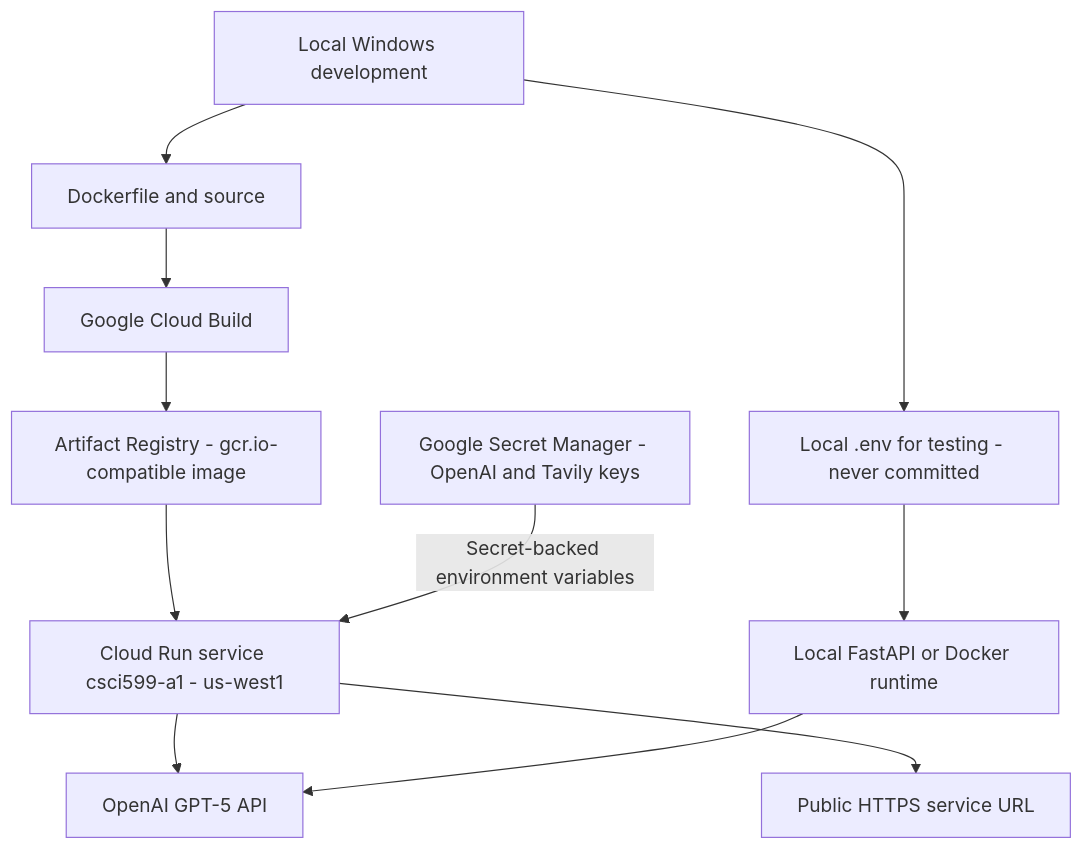
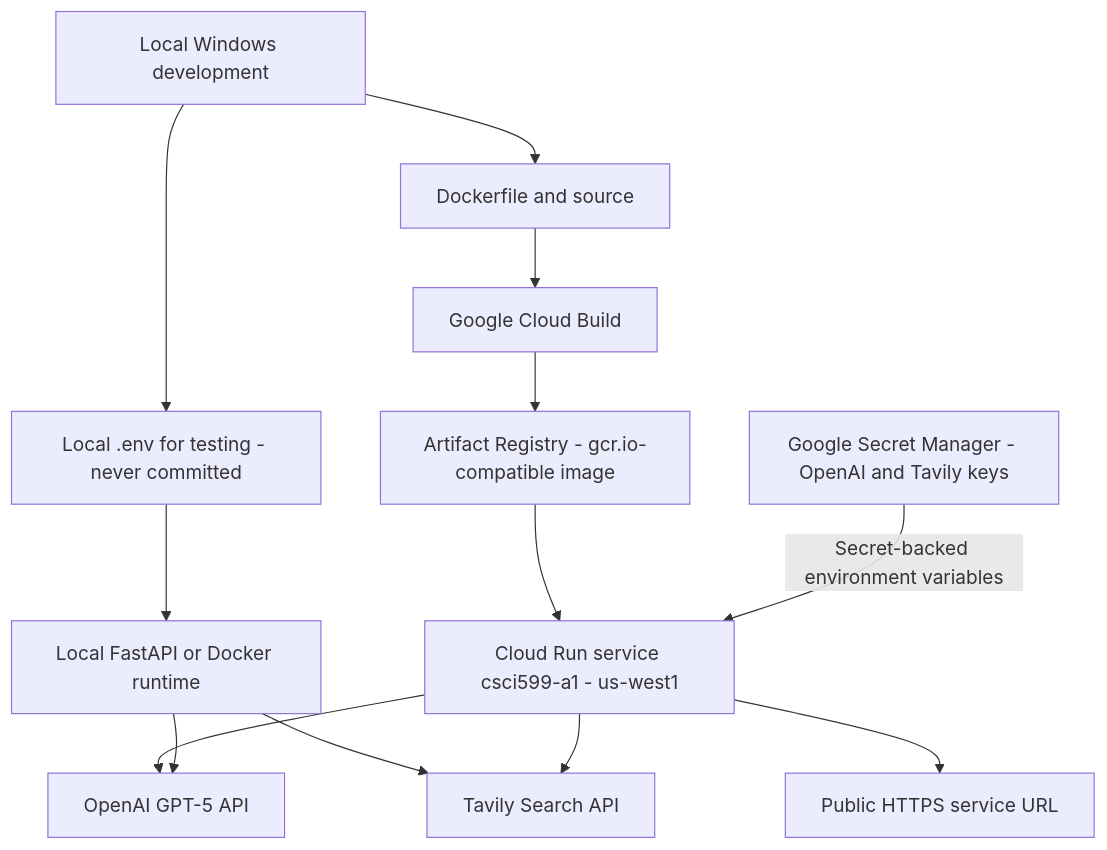
The third of 3 diagrams in README.md (Viswabharathi-K-A/MCP-tool-using-agent), drawn with Mermaid before and after one commit. The commit also changed other lines of this file, not shown here.

````diff
--- a/README.md
+++ b/README.md
@@ -48,13 +48,15 @@
 ```mermaid
 flowchart TD
     DEV["Local Windows development"] --> ENV["Local .env for testing - never committed"]
     DEV --> DOCKER["Dockerfile and source"]
     DOCKER --> BUILD["Google Cloud Build"]
     BUILD --> REG["Artifact Registry - gcr.io-compatible image"]
     REG --> RUN["Cloud Run service csci599-a1 - us-west1"]
     SEC["Google Secret Manager - OpenAI and Tavily keys"] -->|Secret-backed environment variables| RUN
     RUN --> URL["Public HTTPS service URL"]
     RUN --> OPENAI["OpenAI GPT-5 API"]
     ENV --> LOCAL["Local FastAPI or Docker runtime"]
     LOCAL --> OPENAI
+    LOCAL --> TAVILY["Tavily Search API"]
+    RUN --> TAVILY
 ```
````
